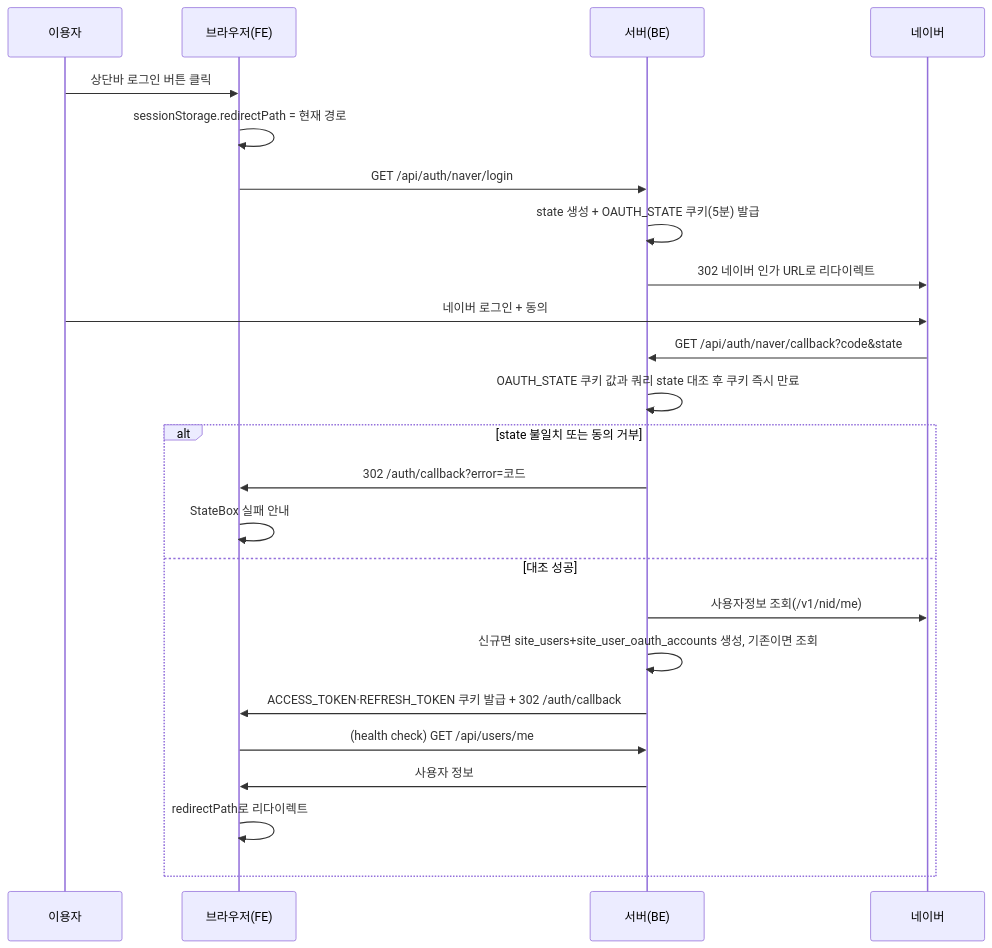
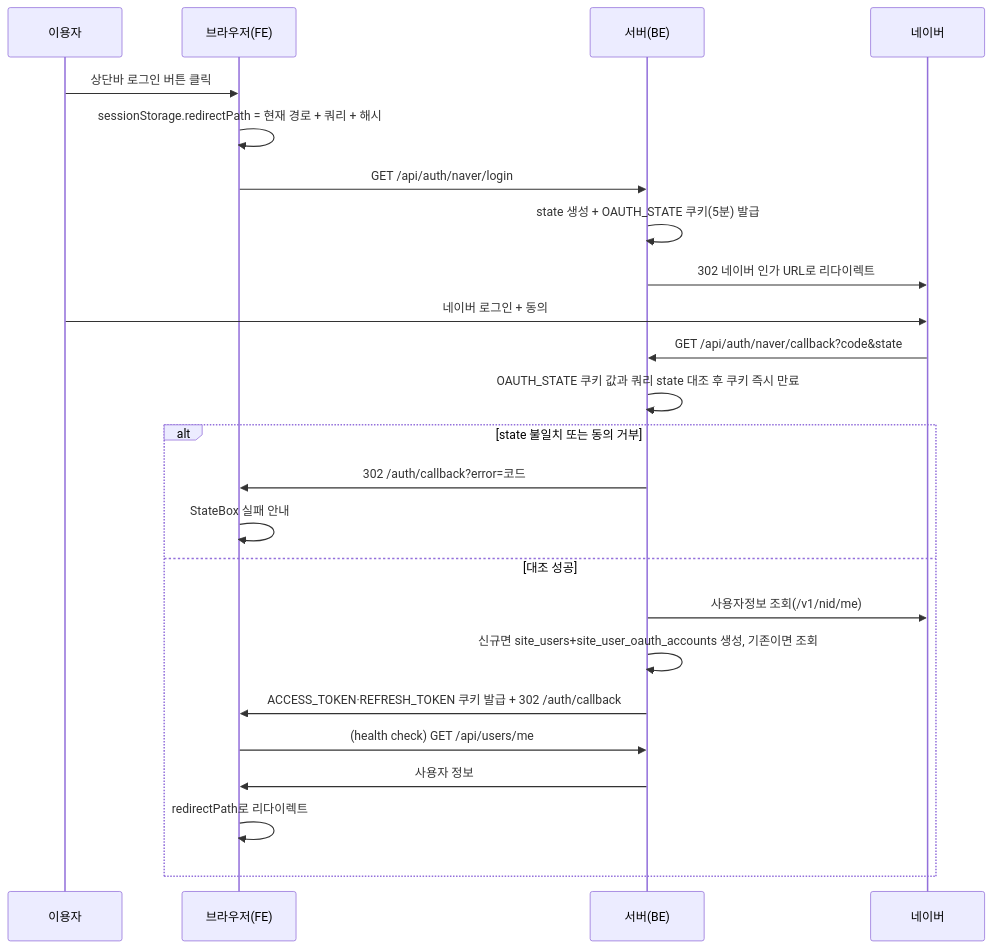
One commit to newfly101/compya2025 changed the diagram in docs/features/authentication/design.md. Above: the diagram before and after it, drawn with Mermaid. The commit also changed other lines of this file and 178 other files, not shown here.

````diff
--- a/docs/features/authentication/design.md
+++ b/docs/features/authentication/design.md
@@ -29,27 +30,27 @@
 ```mermaid
 sequenceDiagram
     participant U as 이용자
     participant FE as 브라우저(FE)
     participant BE as 서버(BE)
     participant N as 네이버
 
     U->>FE: 상단바 로그인 버튼 클릭
-    FE->>FE: sessionStorage.redirectPath = 현재 경로
+    FE->>FE: sessionStorage.redirectPath = 현재 경로 + 쿼리 + 해시
     FE->>BE: GET /api/auth/naver/login
     BE->>BE: state 생성 + OAUTH_STATE 쿠키(5분) 발급
     BE->>N: 302 네이버 인가 URL로 리다이렉트
     U->>N: 네이버 로그인 + 동의
     N->>BE: GET /api/auth/naver/callback?code&state
     BE->>BE: OAUTH_STATE 쿠키 값과 쿼리 state 대조 후 쿠키 즉시 만료
     alt state 불일치 또는 동의 거부
         BE->>FE: 302 /auth/callback?error=코드
         FE->>FE: StateBox 실패 안내
     else 대조 성공
         BE->>N: 사용자정보 조회(/v1/nid/me)
         BE->>BE: 신규면 site_users+site_user_oauth_accounts 생성, 기존이면 조회
         BE->>FE: ACCESS_TOKEN·REFRESH_TOKEN 쿠키 발급 + 302 /auth/callback
         FE->>BE: (health check) GET /api/users/me
         BE->>FE: 사용자 정보
         FE->>FE: redirectPath로 리다이렉트
     end
 ```
````
